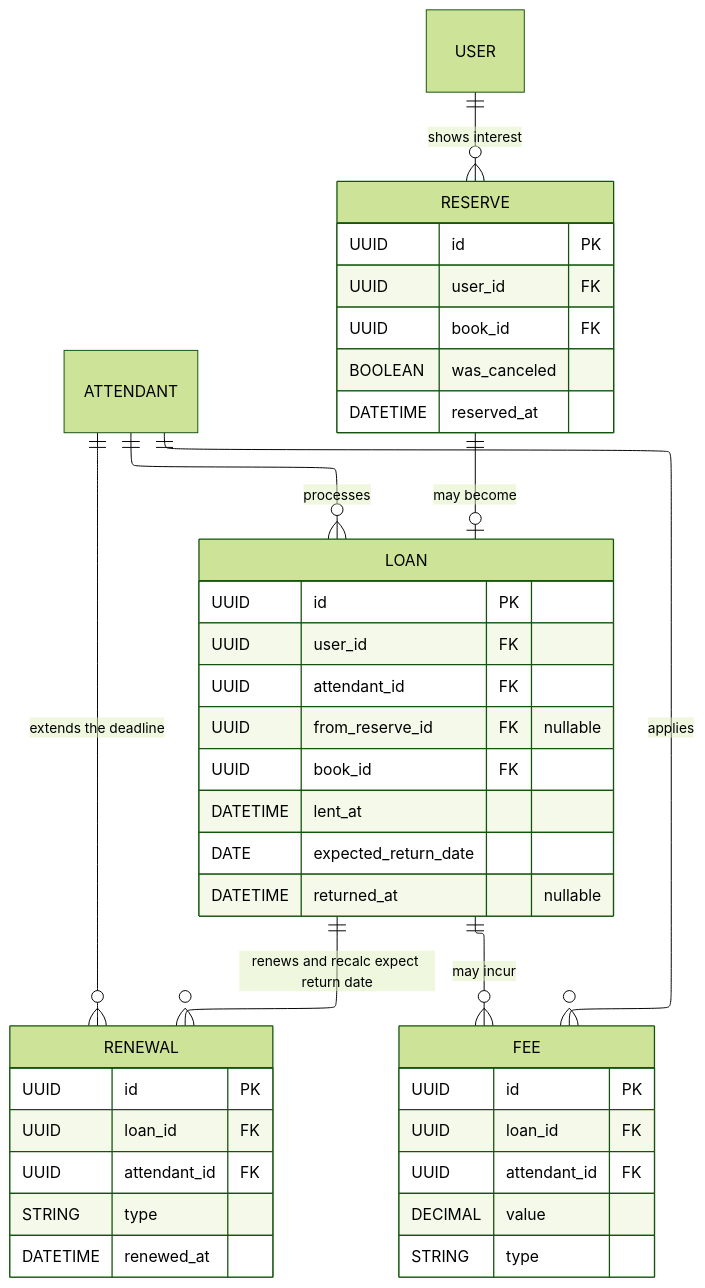
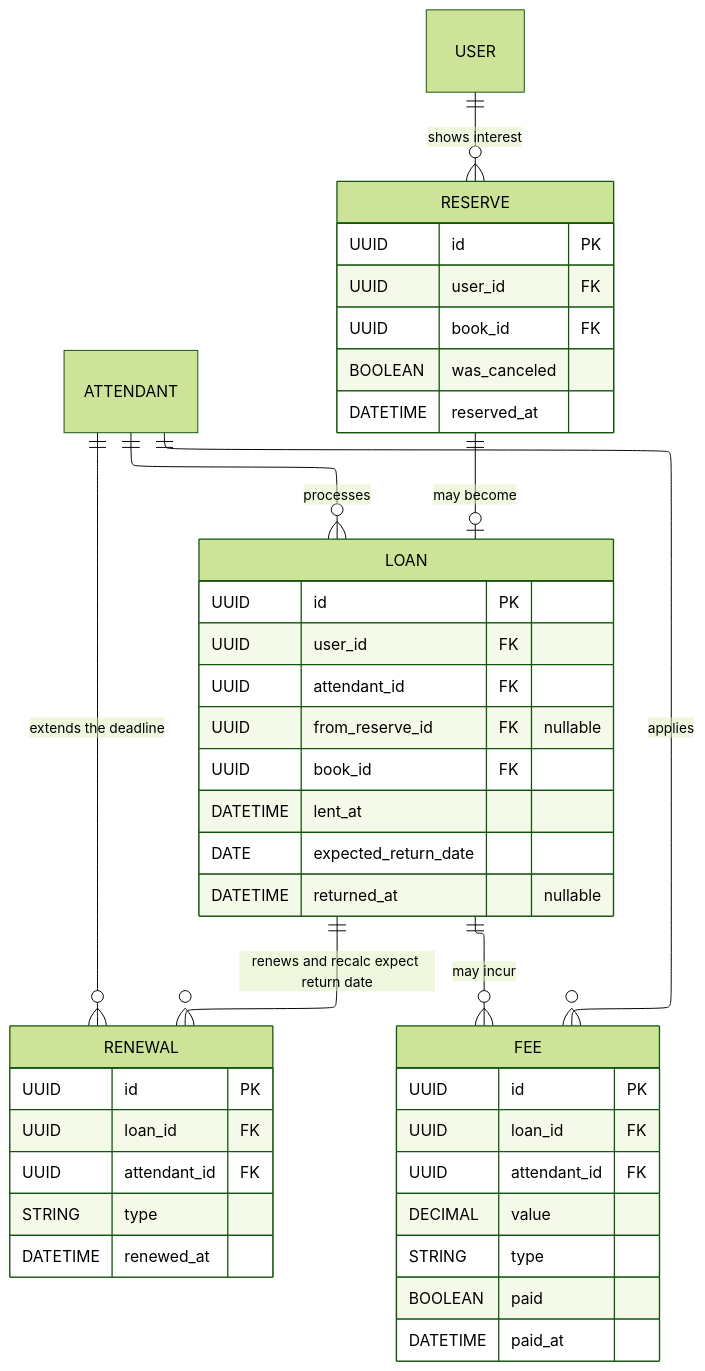
The second of 4 diagrams in docs/architecture.md (ali1ariel/alashandria), drawn with Mermaid (forest theme) before and after one commit.

````diff
--- a/docs/architecture.md
+++ b/docs/architecture.md
@@ -72,46 +72,48 @@
 ```mermaid
 ---
 config:
   layout: elk
 ---
 erDiagram
     ATTENDANT ||--o{ LOAN : processes
     ATTENDANT ||--o{ RENEWAL : "extends the deadline"
     ATTENDANT ||--o{ FEE : applies
     USER ||--o{ RESERVE : "shows interest"
     LOAN ||--o{ FEE : "may incur"
     LOAN ||--o{ RENEWAL : "renews and recalc expect return date"
     RESERVE ||--o| LOAN : "may become"
     LOAN {
         UUID id PK
         UUID user_id FK
         UUID attendant_id FK
         UUID from_reserve_id FK "nullable"
         UUID book_id FK
         DATETIME lent_at
         DATE expected_return_date
         DATETIME returned_at "nullable"
     }
     RENEWAL {
         UUID id PK
         UUID loan_id FK
         UUID attendant_id FK
         STRING type
         DATETIME renewed_at
     }
     FEE {
         UUID id PK
         UUID loan_id FK
         UUID attendant_id FK
         DECIMAL value
         STRING type
+        BOOLEAN paid
+        DATETIME paid_at
     }
     RESERVE {
         UUID id PK
         UUID user_id FK
         UUID book_id FK
         BOOLEAN was_canceled
         DATETIME reserved_at
     }
 
 ```
````
